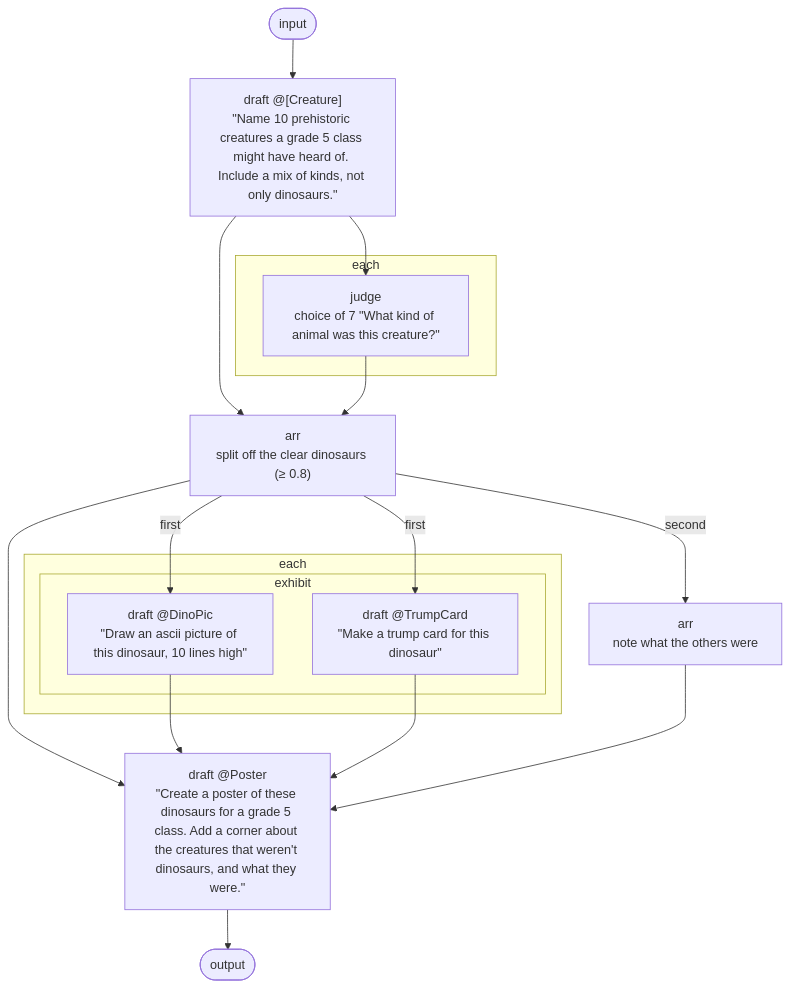
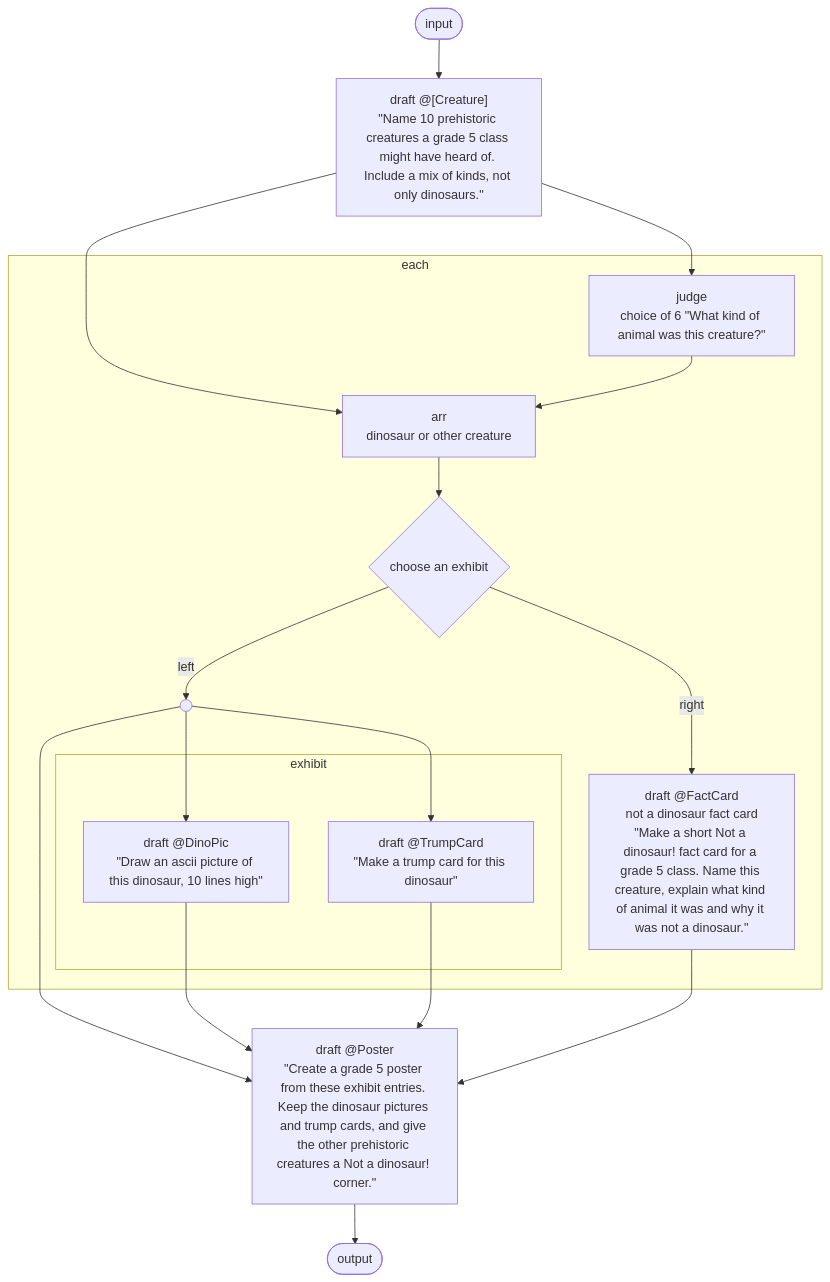
Before and after one commit to drshade/haskell-agentic: the first of 2 diagrams in agentic/README.md, drawn with Mermaid. The commit also changed other lines of this file and 16 other files, not shown here.

Commit message:
Demonstrate exhibit choices in the Dino example

````diff
--- a/agentic/README.md
+++ b/agentic/README.md
@@ -390,30 +427,32 @@
 ```mermaid
 flowchart TD
   input(["input"])
-  n0["draft @[Creature]<br/>#quot;Name 10 prehistoric creatures a grade 5 class might have heard of. Include a mix of kinds, not only dinosaurs.#quot;"]
-  subgraph n1["each"]
-    n2["judge<br/>choice of 7 #quot;What kind of animal was this creature?#quot;"]
+  n_flow_seq_0_0["draft @[Creature]<br/>#quot;Name 10 prehistoric creatures a grade 5 class might have heard of. Include a mix of kinds, not only dinosaurs.#quot;"]
+  subgraph n_flow_seq_1_seq_0_0["each"]
+    n_flow_seq_1_seq_0_each_seq_0_fan_1_0["judge<br/>choice of 6 #quot;What kind of animal was this creature?#quot;"]
+    n_flow_seq_1_seq_0_each_seq_1_seq_0_note_0["arr<br/>dinosaur or other creature"]
+    n_flow_seq_1_seq_0_each_seq_1_seq_1_note_0{"choose an exhibit"}
+    entry_flow_seq_1_seq_0_each_seq_1_seq_1_note_select_0((" "))
+    subgraph n_flow_seq_1_seq_0_each_seq_1_seq_1_note_choose_0_seq_0_seq_0_0["exhibit"]
+      n_flow_seq_1_seq_0_each_seq_1_seq_1_note_choose_0_seq_0_seq_0_note_fan_1_fan_0_0["draft @DinoPic<br/>#quot;Draw an ascii picture of this dinosaur, 10 lines high#quot;"]
+      n_flow_seq_1_seq_0_each_seq_1_seq_1_note_choose_0_seq_0_seq_0_note_fan_1_fan_1_0["draft @TrumpCard<br/>#quot;Make a trump card for this dinosaur#quot;"]
+    end
+    n_flow_seq_1_seq_0_each_seq_1_seq_1_note_choose_1_seq_0_note_0["draft @FactCard<br/>not a dinosaur fact card<br/>#quot;Make a short Not a dinosaur! fact card for a grade 5 class. Name this creature, explain what kind of animal it was and why it was not a dinosaur.#quot;"]
   end
-  n3["arr<br/>split off the clear dinosaurs (≥ 0.8)"]
-  subgraph n4["each"]
-    subgraph n5["exhibit"]
-      n6["draft @DinoPic<br/>#quot;Draw an ascii picture of this dinosaur, 10 lines high#quot;"]
-      n7["draft @TrumpCard<br/>#quot;Make a trump card for this dinosaur#quot;"]
-    end
-  end
-  n8["arr<br/>note what the others were"]
-  n9["draft @Poster<br/>#quot;Create a poster of these dinosaurs for a grade 5 class. Add a corner about the creatures that weren't dinosaurs, and what they were.#quot;"]
+  n_flow_seq_1_seq_1_seq_1_0["draft @Poster<br/>#quot;Create a grade 5 poster from these exhibit entries. Keep the dinosaur pictures and trump cards, and give the other prehistoric creatures a Not a dinosaur! corner.#quot;"]
   output(["output"])
-  input --> n0
-  n0 --> n2
-  n0 --> n3
-  n2 --> n3
-  n3 -->|first| n6
-  n3 -->|first| n7
-  n3 -->|second| n8
-  n3 --> n9
-  n6 --> n9
-  n7 --> n9
-  n8 --> n9
-  n9 --> output
+  input --> n_flow_seq_0_0
+  n_flow_seq_0_0 --> n_flow_seq_1_seq_0_each_seq_0_fan_1_0
+  n_flow_seq_0_0 --> n_flow_seq_1_seq_0_each_seq_1_seq_0_note_0
+  n_flow_seq_1_seq_0_each_seq_0_fan_1_0 --> n_flow_seq_1_seq_0_each_seq_1_seq_0_note_0
+  n_flow_seq_1_seq_0_each_seq_1_seq_0_note_0 --> n_flow_seq_1_seq_0_each_seq_1_seq_1_note_0
+  n_flow_seq_1_seq_0_each_seq_1_seq_1_note_0 -->|left| entry_flow_seq_1_seq_0_each_seq_1_seq_1_note_select_0
+  entry_flow_seq_1_seq_0_each_seq_1_seq_1_note_select_0 --> n_flow_seq_1_seq_0_each_seq_1_seq_1_note_choose_0_seq_0_seq_0_note_fan_1_fan_0_0
+  entry_flow_seq_1_seq_0_each_seq_1_seq_1_note_select_0 --> n_flow_seq_1_seq_0_each_seq_1_seq_1_note_choose_0_seq_0_seq_0_note_fan_1_fan_1_0
+  n_flow_seq_1_seq_0_each_seq_1_seq_1_note_0 -->|right| n_flow_seq_1_seq_0_each_seq_1_seq_1_note_choose_1_seq_0_note_0
+  entry_flow_seq_1_seq_0_each_seq_1_seq_1_note_select_0 --> n_flow_seq_1_seq_1_seq_1_0
+  n_flow_seq_1_seq_0_each_seq_1_seq_1_note_choose_0_seq_0_seq_0_note_fan_1_fan_0_0 --> n_flow_seq_1_seq_1_seq_1_0
+  n_flow_seq_1_seq_0_each_seq_1_seq_1_note_choose_0_seq_0_seq_0_note_fan_1_fan_1_0 --> n_flow_seq_1_seq_1_seq_1_0
+  n_flow_seq_1_seq_0_each_seq_1_seq_1_note_choose_1_seq_0_note_0 --> n_flow_seq_1_seq_1_seq_1_0
+  n_flow_seq_1_seq_1_seq_1_0 --> output
 ```
````
